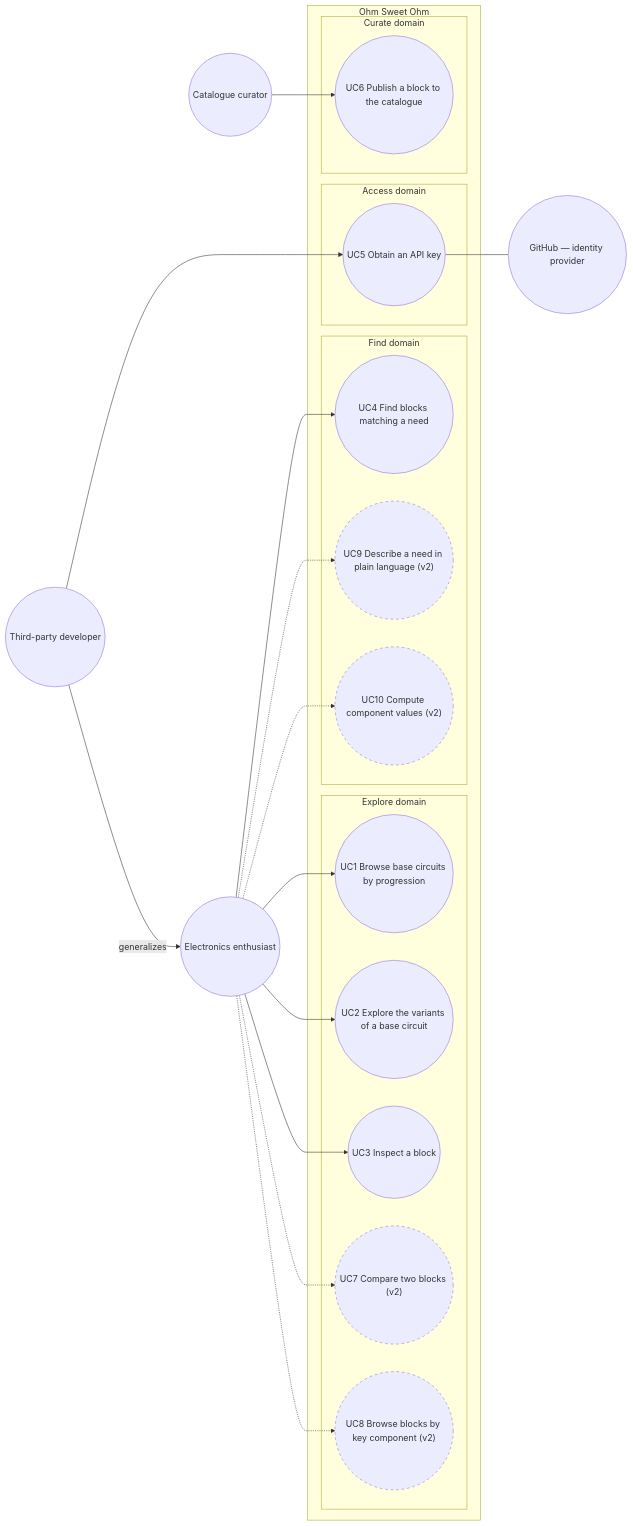
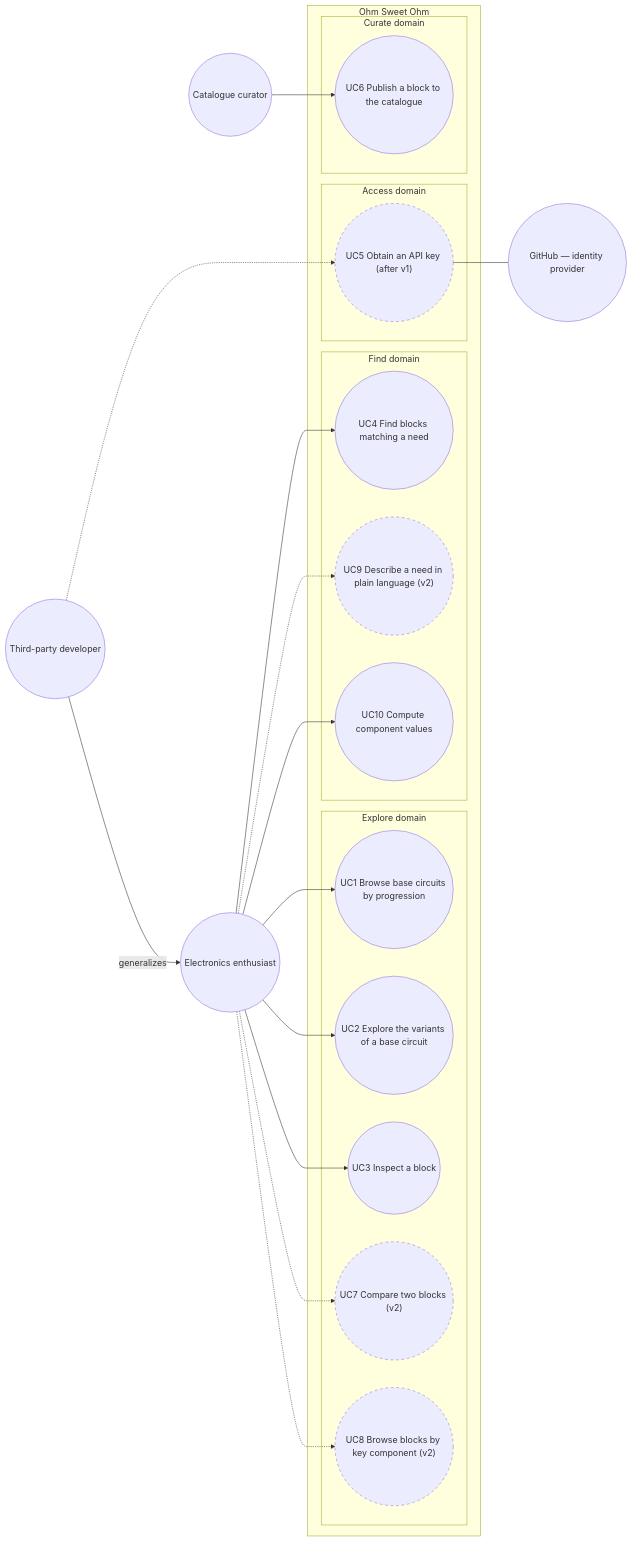
The diagram in docs/architecture/diagrams/catalogue/01-use-case.md (benoit-bremaud/ohm-sweet-ohm), drawn with Mermaid before and after one commit. The commit also changed other lines of this file and 6 other files, not shown here.

````diff
--- a/docs/architecture/diagrams/catalogue/01-use-case.md
+++ b/docs/architecture/diagrams/catalogue/01-use-case.md
@@ -16,44 +16,44 @@
 ```mermaid
 flowchart LR
   Enthusiast(("Electronics enthusiast"))
   Developer(("Third-party developer"))
   Curator(("Catalogue curator"))
   GitHubIdP(("GitHub — identity provider"))
 
   subgraph SYSTEM ["Ohm Sweet Ohm"]
     subgraph Explore ["Explore domain"]
       UC1(("UC1 Browse base circuits by progression"))
       UC2(("UC2 Explore the variants of a base circuit"))
       UC3(("UC3 Inspect a block"))
       UC7(("UC7 Compare two blocks (v2)"))
       UC8(("UC8 Browse blocks by key component (v2)"))
     end
     subgraph Find ["Find domain"]
       UC4(("UC4 Find blocks matching a need"))
       UC9(("UC9 Describe a need in plain language (v2)"))
-      UC10(("UC10 Compute component values (v2)"))
+      UC10(("UC10 Compute component values"))
     end
     subgraph Access ["Access domain"]
-      UC5(("UC5 Obtain an API key"))
+      UC5(("UC5 Obtain an API key (after v1)"))
     end
     subgraph Curate ["Curate domain"]
       UC6(("UC6 Publish a block to the catalogue"))
     end
   end
 
   Developer -->|"generalizes"| Enthusiast
   Enthusiast --> UC1
   Enthusiast --> UC2
   Enthusiast --> UC3
   Enthusiast --> UC4
   Enthusiast -.-> UC7
   Enthusiast -.-> UC8
   Enthusiast -.-> UC9
-  Enthusiast -.-> UC10
-  Developer --> UC5
+  Enthusiast --> UC10
+  Developer -.-> UC5
   UC5 --- GitHubIdP
   Curator --> UC6
 
   classDef planned stroke-dasharray: 5 5
-  class UC7,UC8,UC9,UC10 planned
+  class UC5,UC7,UC8,UC9 planned
 ```
````
